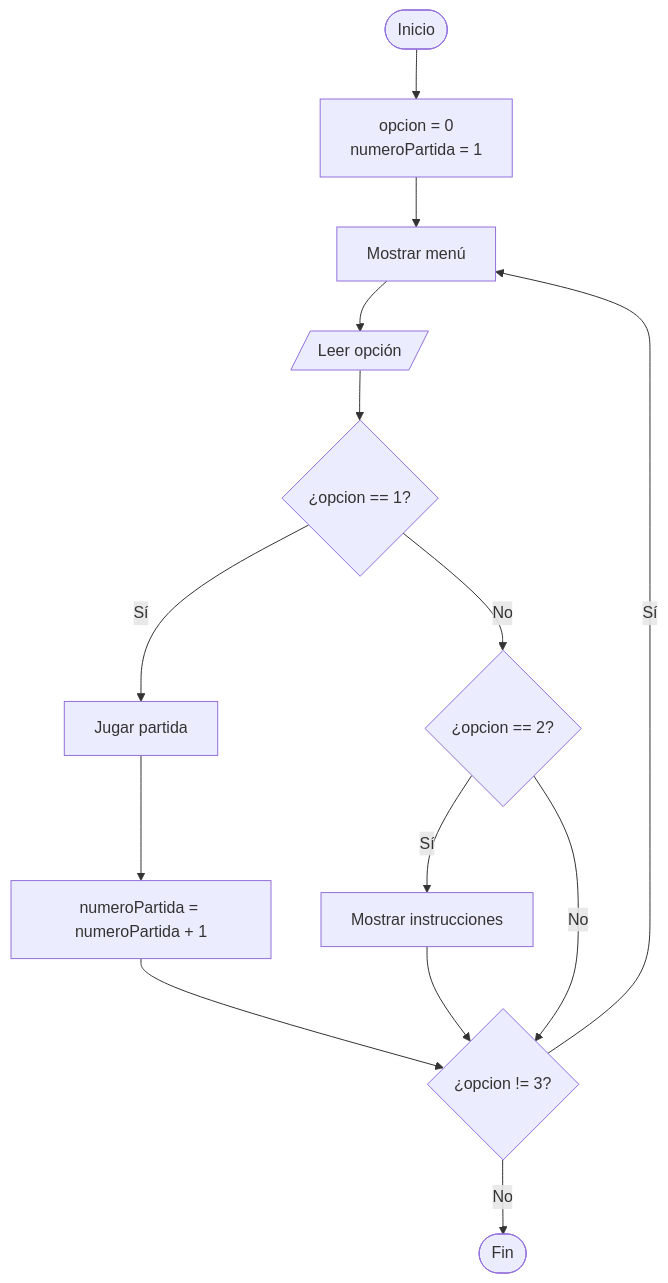
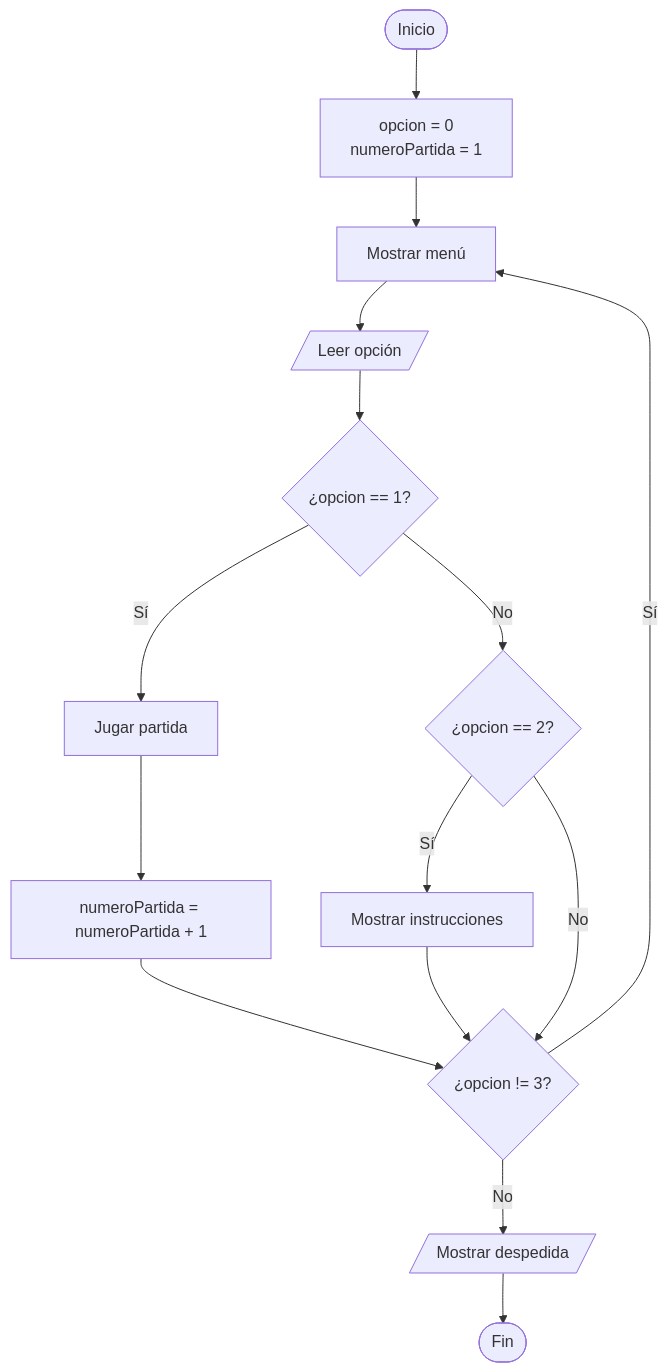
One commit to cesarszv/sis111-finalproject changed the first of 6 diagrams in docs/pitch/06_diagramas_flujo.md. Above: the diagram before and after it, drawn with Mermaid. The commit also changed other lines of this file and 18 other files, not shown here.

````diff
--- a/docs/pitch/06_diagramas_flujo.md
+++ b/docs/pitch/06_diagramas_flujo.md
@@ -14,16 +5,17 @@
 ```mermaid
 flowchart TD
     A([Inicio]) --> B[opcion = 0<br/>numeroPartida = 1]
     B --> C[Mostrar menú]
     C --> D[/Leer opción/]
     D --> E{¿opcion == 1?}
     E -- Sí --> F[Jugar partida]
     F --> G[numeroPartida = numeroPartida + 1]
     G --> H{¿opcion != 3?}
     E -- No --> I{¿opcion == 2?}
     I -- Sí --> J[Mostrar instrucciones]
     J --> H
     I -- No --> H
     H -- Sí --> C
-    H -- No --> K([Fin])
+    H -- No --> K[/Mostrar despedida/]
+    K --> L([Fin])
 ```
````
